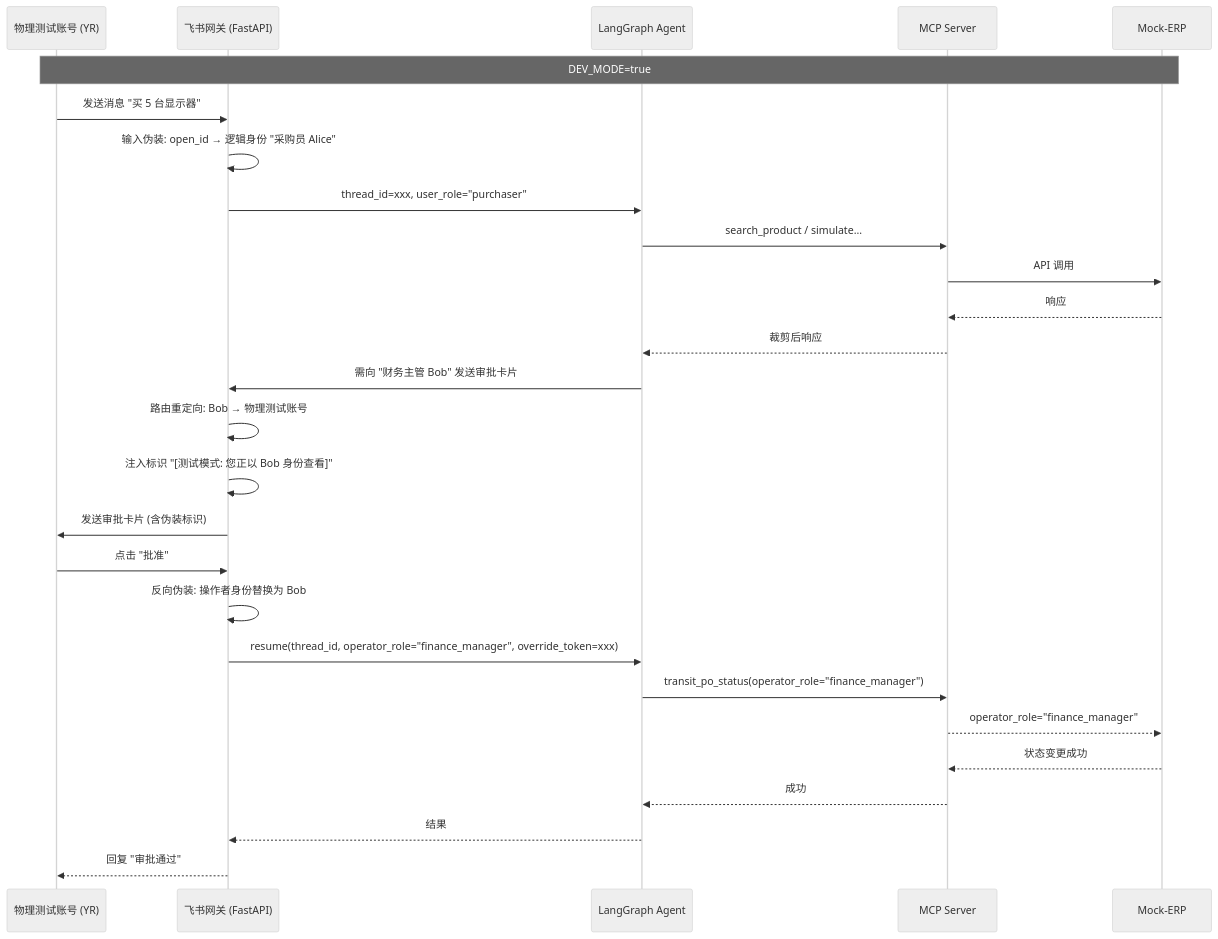
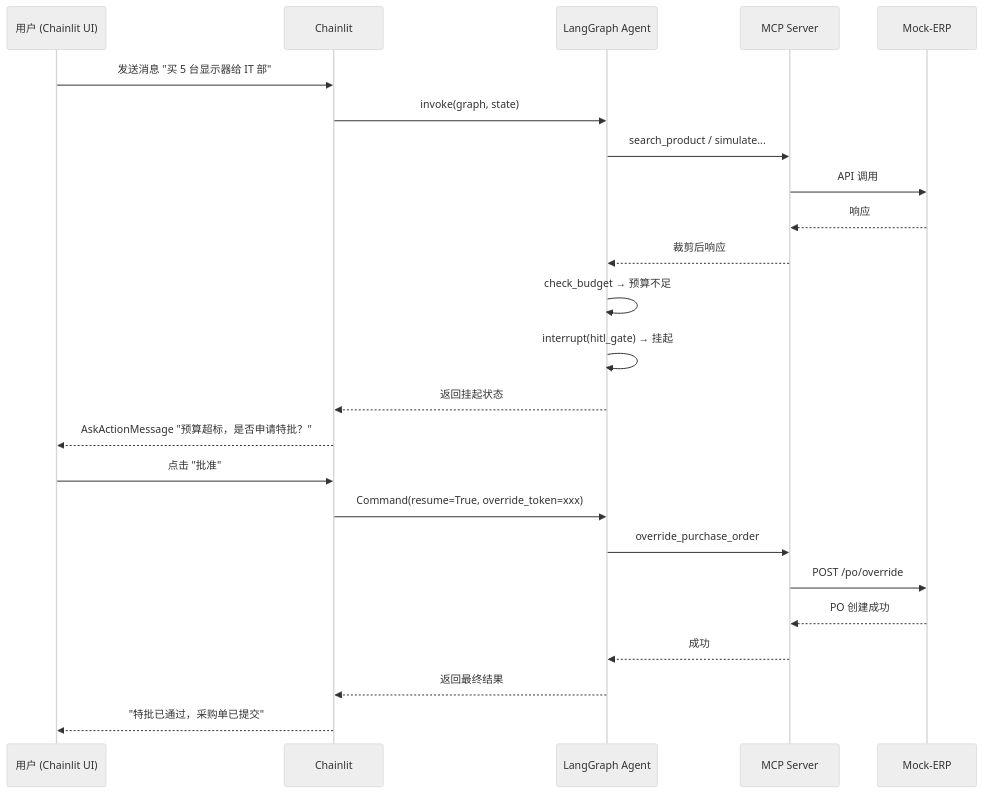
The second of 2 diagrams in backend/erp-agent/docs/03-Agent-Technical-Arch.md (RuiRuiRuiY/erp-agent), drawn with Mermaid (neutral theme) before and after one commit. The commit also changed other lines of this file and 6 other files, not shown here.

````diff
--- a/backend/erp-agent/docs/03-Agent-Technical-Arch.md
+++ b/backend/erp-agent/docs/03-Agent-Technical-Arch.md
@@ -251,32 +255,28 @@
 ```mermaid
 sequenceDiagram
-    participant User as 物理测试账号 (YR)
-    participant GW as 飞书网关 (FastAPI)
+    participant User as 用户 (Chainlit UI)
+    participant CL as Chainlit
     participant Agent as LangGraph Agent
     participant MCP as MCP Server
     participant ERP as Mock-ERP
 
-    Note over User,ERP: DEV_MODE=true
-
-    User->>GW: 发送消息 "买 5 台显示器"
-    GW->>GW: 输入伪装: open_id → 逻辑身份 "采购员 Alice"
-    GW->>Agent: thread_id=xxx, user_role="purchaser"
+    User->>CL: 发送消息 "买 5 台显示器给 IT 部"
+    CL->>Agent: invoke(graph, state)
     Agent->>MCP: search_product / simulate...
     MCP->>ERP: API 调用
     ERP-->>MCP: 响应
     MCP-->>Agent: 裁剪后响应
-    Agent->>GW: 需向 "财务主管 Bob" 发送审批卡片
-    GW->>GW: 路由重定向: Bob → 物理测试账号
-    GW->>GW: 注入标识 "[测试模式: 您正以 Bob 身份查看]"
-    GW->>User: 发送审批卡片 (含伪装标识)
+    Agent->>Agent: check_budget → 预算不足
+    Agent->>Agent: interrupt(hitl_gate) → 挂起
+    Agent-->>CL: 返回挂起状态
+    CL-->>User: AskActionMessage "预算超标，是否申请特批？"
 
-    User->>GW: 点击 "批准"
-    GW->>GW: 反向伪装: 操作者身份替换为 Bob
-    GW->>Agent: resume(thread_id, operator_role="finance_manager", override_token=xxx)
-    Agent->>MCP: transit_po_status(operator_role="finance_manager")
-    MCP-->>ERP: operator_role="finance_manager"
-    ERP-->>MCP: 状态变更成功
+    User->>CL: 点击 "批准"
+    CL->>Agent: Command(resume=True, override_token=xxx)
+    Agent->>MCP: override_purchase_order
+    MCP->>ERP: POST /po/override
+    ERP-->>MCP: PO 创建成功
     MCP-->>Agent: 成功
-    Agent-->>GW: 结果
-    GW-->>User: 回复 "审批通过"
+    Agent-->>CL: 返回最终结果
+    CL-->>User: "特批已通过，采购单已提交"
 ```
````
